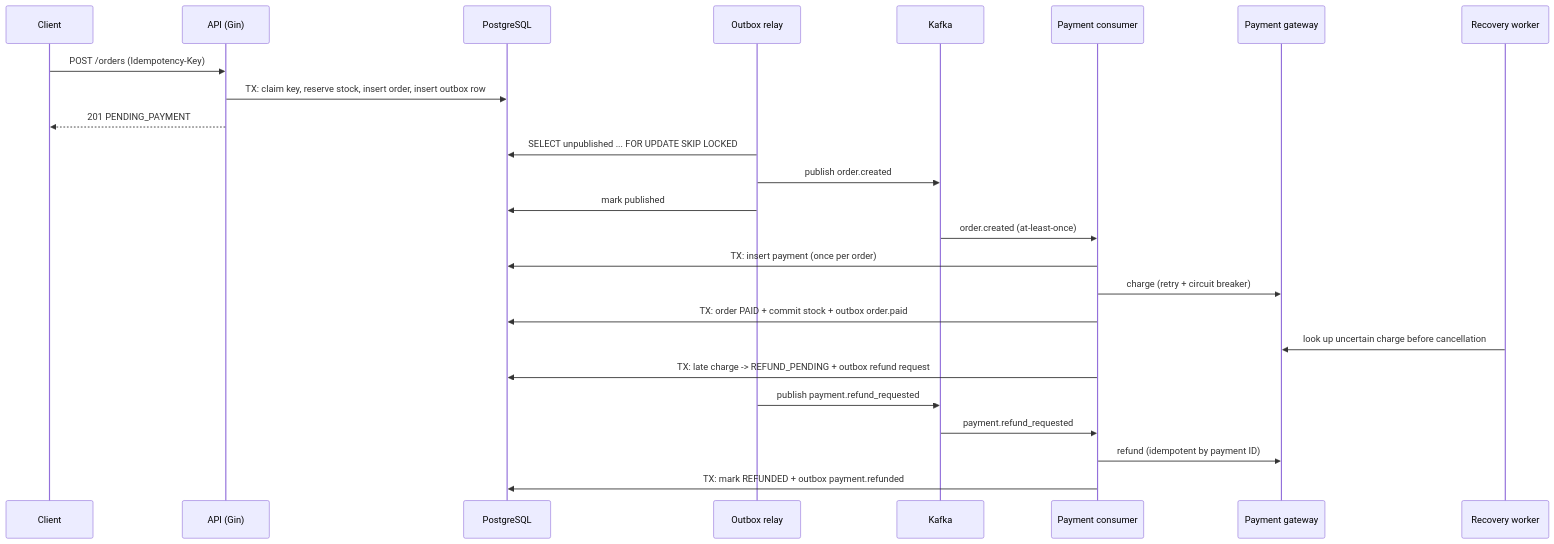
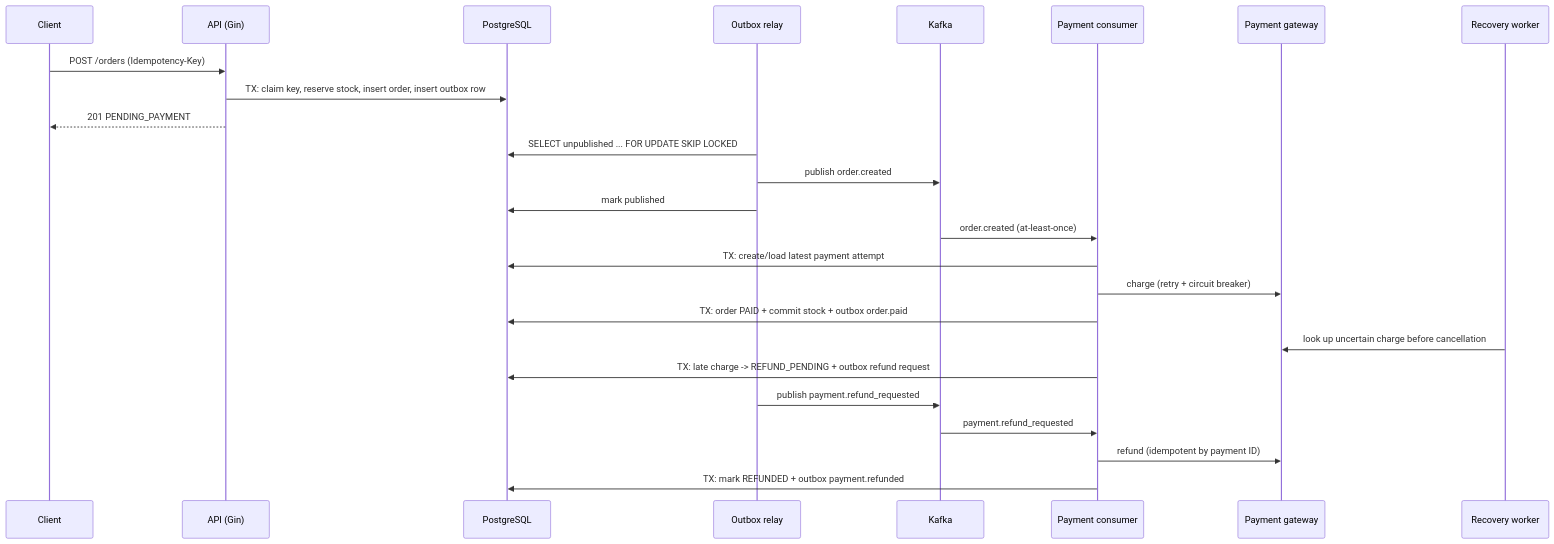
One commit to BrianObonyo/order-processing-system changed the diagram in docs/architecture/overview.md. Above: the diagram before and after it, drawn with Mermaid. The commit also changed other lines of this file and 13 other files, not shown here.

Commit message:
added payment attempts and order status history

````diff
--- a/docs/architecture/overview.md
+++ b/docs/architecture/overview.md
@@ -5,27 +5,27 @@
 ```mermaid
 sequenceDiagram
   participant C as Client
   participant A as API (Gin)
   participant P as PostgreSQL
   participant R as Outbox relay
   participant K as Kafka
   participant W as Payment consumer
   participant G as Payment gateway
   participant X as Recovery worker
   C->>A: POST /orders (Idempotency-Key)
   A->>P: TX: claim key, reserve stock, insert order, insert outbox row
   A-->>C: 201 PENDING_PAYMENT
   R->>P: SELECT unpublished ... FOR UPDATE SKIP LOCKED
   R->>K: publish order.created
   R->>P: mark published
   K->>W: order.created (at-least-once)
-  W->>P: TX: insert payment (once per order)
+  W->>P: TX: create/load latest payment attempt
   W->>G: charge (retry + circuit breaker)
   W->>P: TX: order PAID + commit stock + outbox order.paid
   X->>G: look up uncertain charge before cancellation
   W->>P: TX: late charge -> REFUND_PENDING + outbox refund request
   R->>K: publish payment.refund_requested
   K->>W: payment.refund_requested
   W->>G: refund (idempotent by payment ID)
   W->>P: TX: mark REFUNDED + outbox payment.refunded
 ```
````
